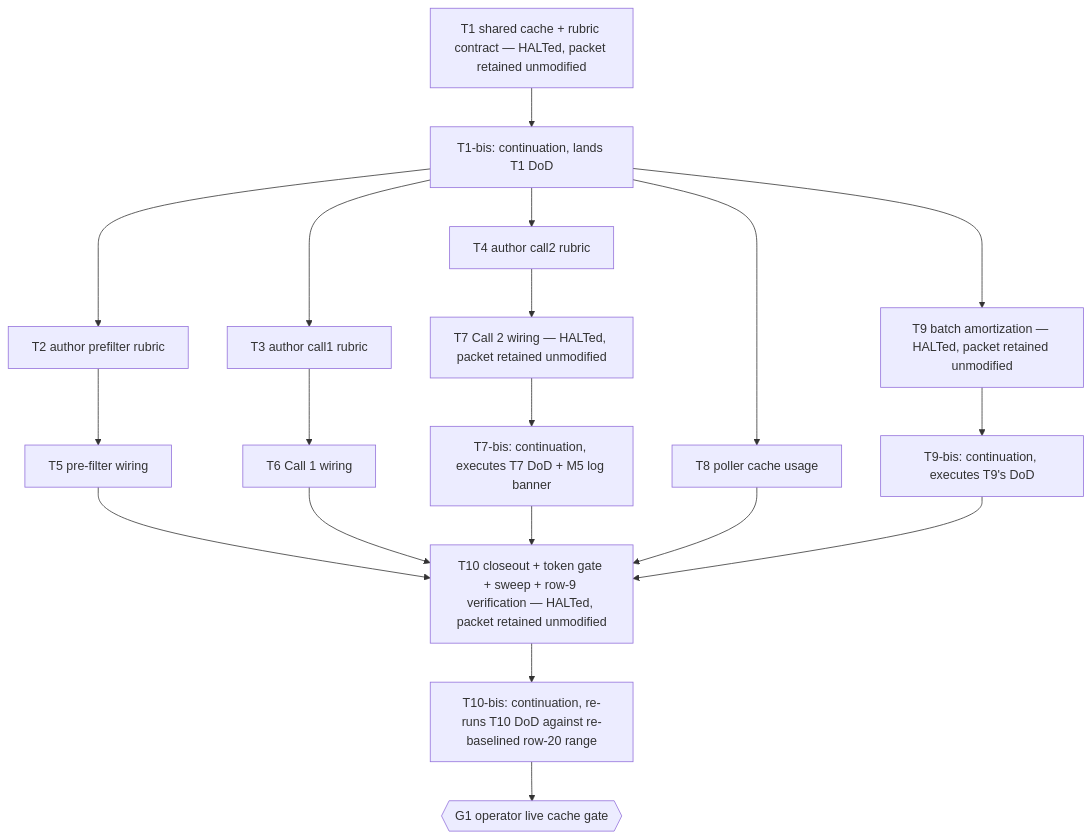
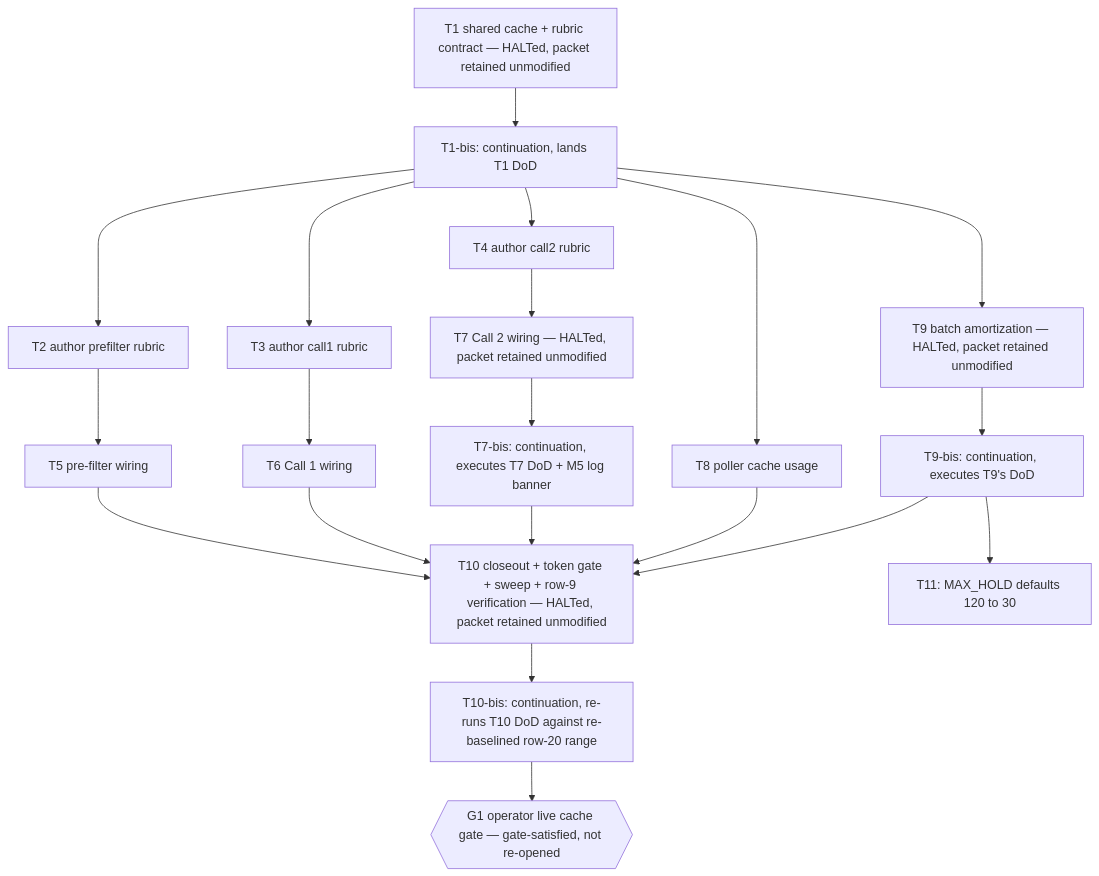
One commit to naaas94/BISHOP changed the diagram in .dev/plans/prompt-caching/plan.md. Above: the diagram before and after it, drawn with Mermaid. The commit also changed other lines of this file and 2 other files, not shown here.

First line of the commit message:
plan(prompt-caching): amendment round 5 (v1.5.0) - T11 retunes MAX_HOLD 120 to 30 after G1

````diff
--- a/.dev/plans/prompt-caching/plan.md
+++ b/.dev/plans/prompt-caching/plan.md
@@ -203,21 +209,22 @@
 ```mermaid
 graph TD
     T1[T1 shared cache + rubric contract — HALTed, packet retained unmodified] --> T1bis[T1-bis: continuation, lands T1 DoD]
     T1bis --> T2[T2 author prefilter rubric]
     T1bis --> T3[T3 author call1 rubric]
     T1bis --> T4[T4 author call2 rubric]
     T1bis --> T8[T8 poller cache usage]
     T1bis --> T9[T9 batch amortization — HALTed, packet retained unmodified]
     T9 --> T9bis[T9-bis: continuation, executes T9's DoD]
     T2 --> T5[T5 pre-filter wiring]
     T3 --> T6[T6 Call 1 wiring]
     T4 --> T7[T7 Call 2 wiring — HALTed, packet retained unmodified]
     T7 --> T7bis[T7-bis: continuation, executes T7 DoD + M5 log banner]
     T5 --> T10[T10 closeout + token gate + sweep + row-9 verification — HALTed, packet retained unmodified]
     T6 --> T10
     T7bis --> T10
     T8 --> T10
     T9bis --> T10
     T10 --> T10bis[T10-bis: continuation, re-runs T10 DoD against re-baselined row-20 range]
-    T10bis --> G1{{G1 operator live cache gate}}
+    T10bis --> G1{{G1 operator live cache gate — gate-satisfied, not re-opened}}
+    T9bis --> T11[T11: MAX_HOLD defaults 120 to 30]
 ```
````
